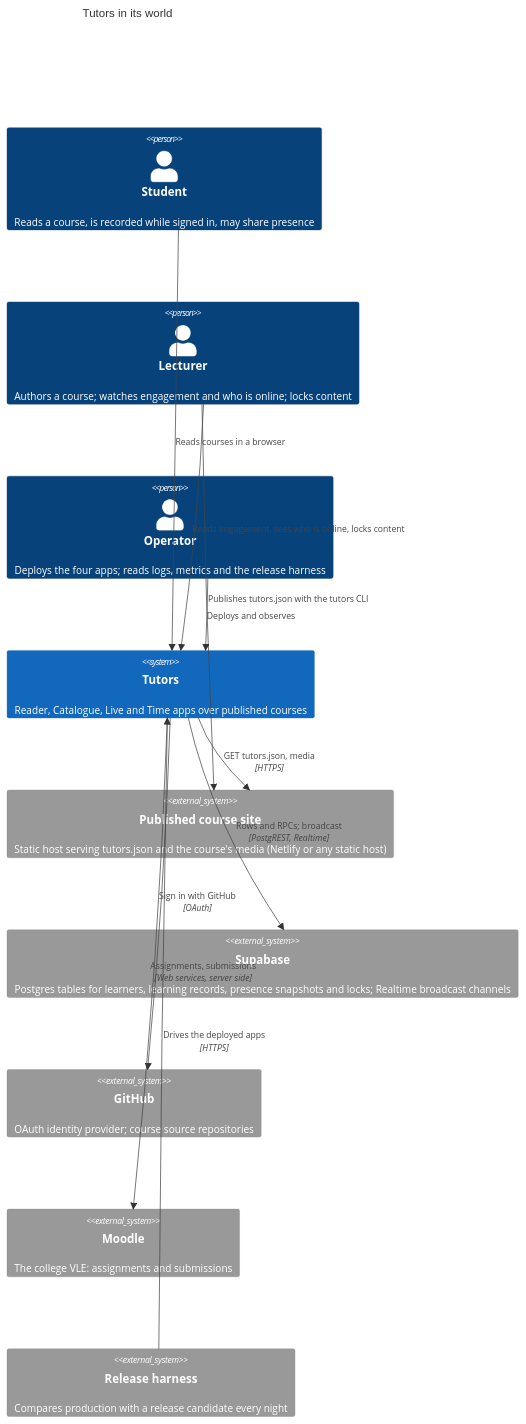
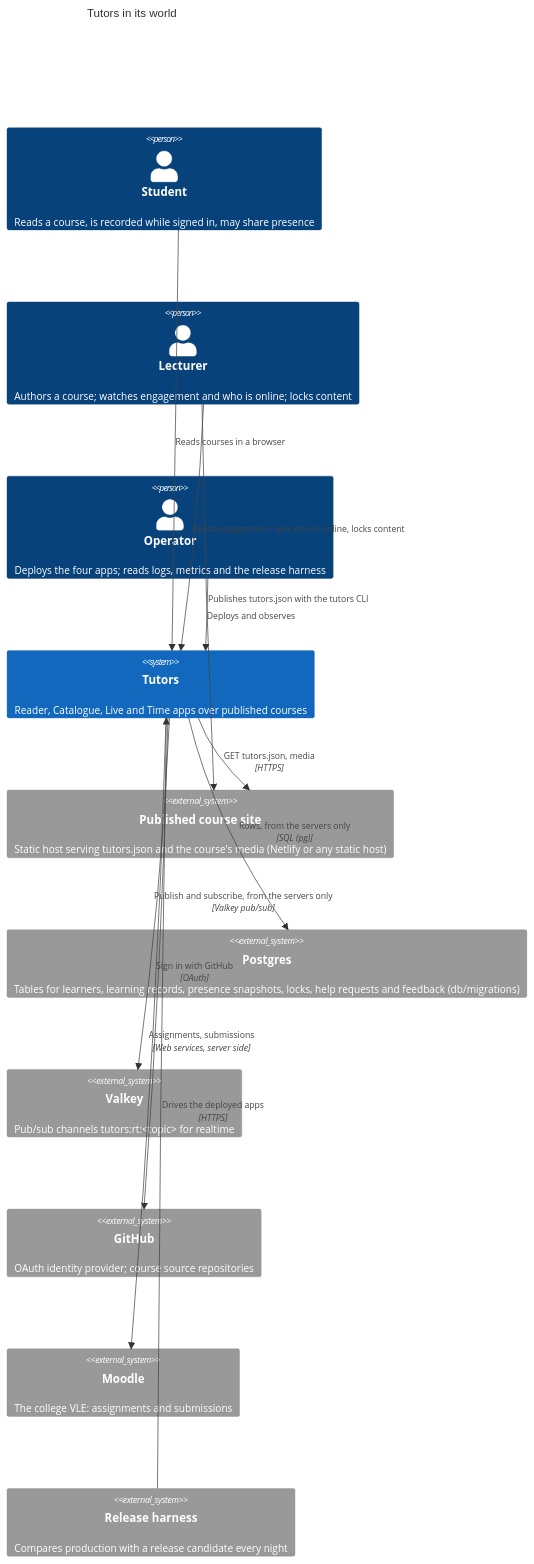
One commit to lgriffin/tutors-mono-repo-1 changed the first of 13 diagrams in ARCHITECTURE.md. Above: the diagram before and after it, drawn with Mermaid. The commit also changed other lines of this file and 6 other files, not shown here.

Commit message:
wip: ARCHITECTURE.md and testing docs describe Postgres and Valkey

````diff
--- a/ARCHITECTURE.md
+++ b/ARCHITECTURE.md
@@ -47,26 +47,28 @@
 ```mermaid
 C4Context
   title Tutors in its world
 
   Person(student, "Student", "Reads a course, is recorded while signed in, may share presence")
   Person(lecturer, "Lecturer", "Authors a course; watches engagement and who is online; locks content")
   Person(operator, "Operator", "Deploys the four apps; reads logs, metrics and the release harness")
 
   System(tutors, "Tutors", "Reader, Catalogue, Live and Time apps over published courses")
 
   System_Ext(courseSite, "Published course site", "Static host serving tutors.json and the course's media (Netlify or any static host)")
-  System_Ext(supabase, "Supabase", "Postgres tables for learners, learning records, presence snapshots and locks; Realtime broadcast channels")
+  System_Ext(postgres, "Postgres", "Tables for learners, learning records, presence snapshots, locks, help requests and feedback (db/migrations)")
+  System_Ext(valkey, "Valkey", "Pub/sub channels tutors:rt:<topic> for realtime")
   System_Ext(github, "GitHub", "OAuth identity provider; course source repositories")
   System_Ext(moodle, "Moodle", "The college VLE: assignments and submissions")
   System_Ext(harness, "Release harness", "Compares production with a release candidate every night")
 
   Rel(student, tutors, "Reads courses in a browser")
   Rel(lecturer, tutors, "Reads engagement, sees who is online, locks content")
   Rel(lecturer, courseSite, "Publishes tutors.json with the tutors CLI")
   Rel(operator, tutors, "Deploys and observes")
   Rel(tutors, courseSite, "GET tutors.json, media", "HTTPS")
-  Rel(tutors, supabase, "Rows and RPCs; broadcast", "PostgREST, Realtime")
+  Rel(tutors, postgres, "Rows, from the servers only", "SQL (pg)")
+  Rel(tutors, valkey, "Publish and subscribe, from the servers only", "Valkey pub/sub")
   Rel(tutors, github, "Sign in with GitHub", "OAuth")
   Rel(tutors, moodle, "Assignments, submissions", "Web services, server side")
   Rel(harness, tutors, "Drives the deployed apps", "HTTPS")
 ```
````
